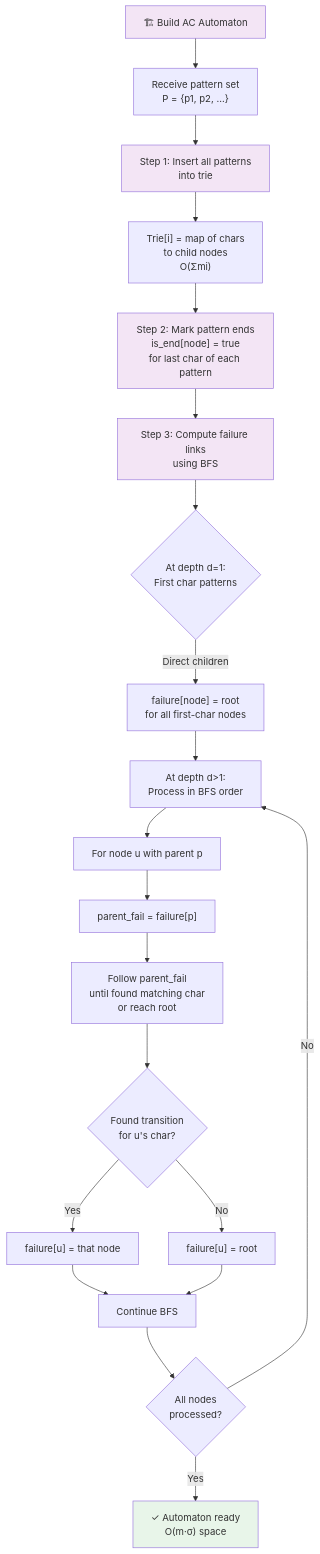
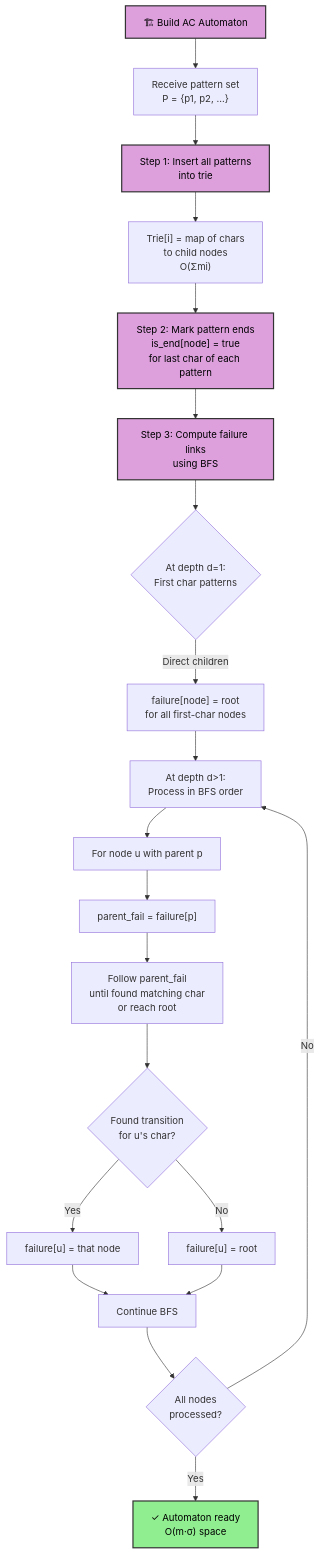
Before and after one commit to souradeepta/interviewprep: the third of 4 diagrams in docs/advanced_ds/ac_automaton.md, drawn with Mermaid. The commit also changed other lines of this file and 31 other files, not shown here.

Commit message:
updated graphs

````diff
--- a/docs/advanced_ds/ac_automaton.md
+++ b/docs/advanced_ds/ac_automaton.md
@@ -148,28 +148,28 @@
 ```mermaid
 flowchart TD
     A["🏗 Build AC Automaton"] --> B["Receive pattern set<br/>P = {p1, p2, ...}"]
     B --> C["Step 1: Insert all patterns<br/>into trie"]
     C --> D["Trie[i] = map of chars<br/>to child nodes<br/>O(Σmi)"]
     D --> E["Step 2: Mark pattern ends<br/>is_end[node] = true<br/>for last char of each pattern"]
     E --> F["Step 3: Compute failure links<br/>using BFS"]
     F --> G{"At depth d=1:<br/>First char patterns"}
     G -->|Direct children| H["failure[node] = root<br/>for all first-char nodes"]
     H --> I["At depth d>1:<br/>Process in BFS order"]
     I --> J["For node u with parent p"]
     J --> K["parent_fail = failure[p]"]
     K --> L["Follow parent_fail<br/>until found matching char<br/>or reach root"]
     L --> M{"Found transition<br/>for u's char?"}
     M -->|Yes| N["failure[u] = that node"]
     M -->|No| O["failure[u] = root"]
     N --> P["Continue BFS"]
     O --> P
     P --> Q{"All nodes<br/>processed?"}
     Q -->|No| I
     Q -->|Yes| R["✓ Automaton ready<br/>O(m·σ) space"]
     
-    style A fill:#f3e5f5
-    style C fill:#f3e5f5
-    style E fill:#f3e5f5
-    style F fill:#f3e5f5
-    style R fill:#e8f5e9
+    style A fill:#dda0dd,color:#000,stroke:#333,stroke-width:2px
+    style C fill:#dda0dd,color:#000,stroke:#333,stroke-width:2px
+    style E fill:#dda0dd,color:#000,stroke:#333,stroke-width:2px
+    style F fill:#dda0dd,color:#000,stroke:#333,stroke-width:2px
+    style R fill:#90ee90,color:#000,stroke:#333,stroke-width:2px
 ```
````
